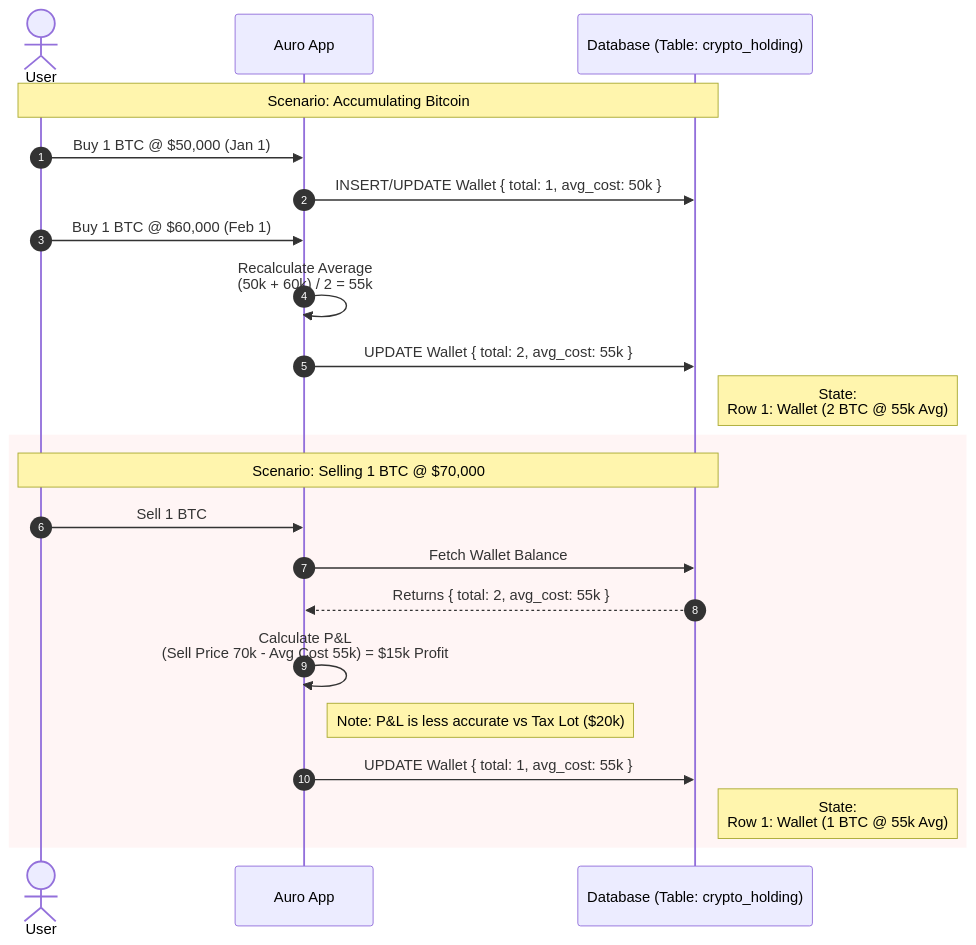
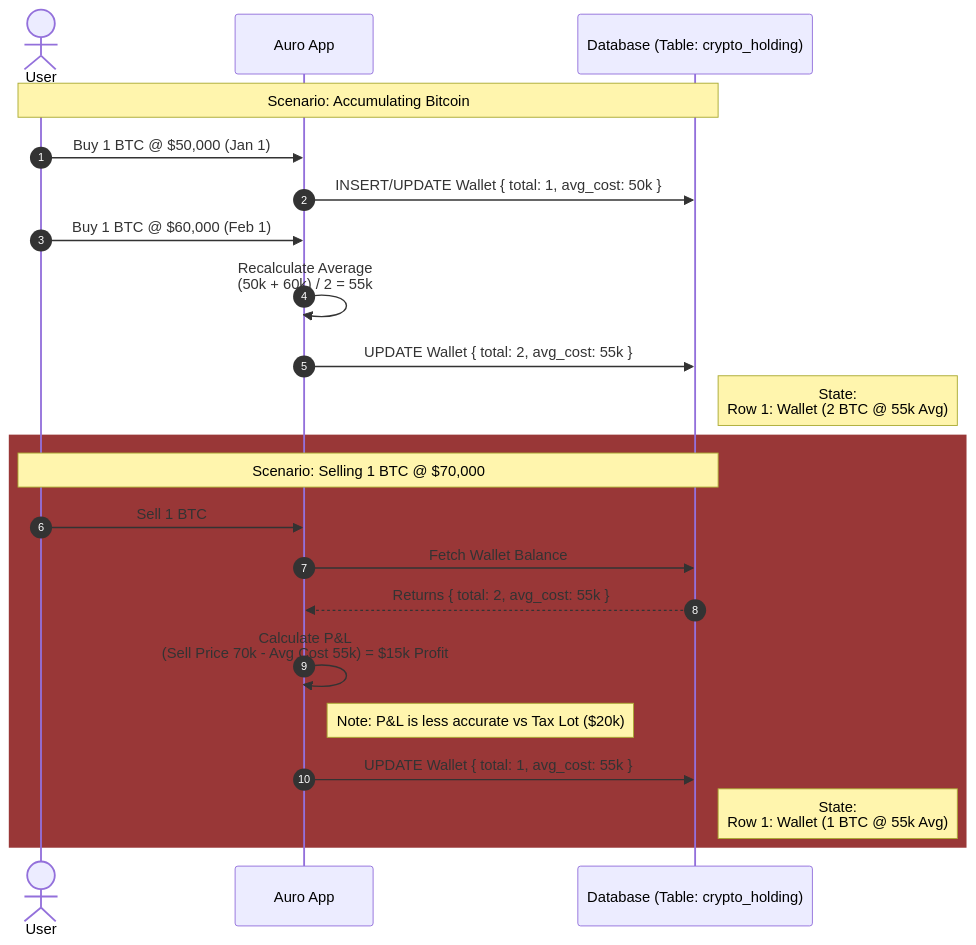
The diagram in docs/architecture/crypto-accounting/model-compare/total_balance_model.mmd (darwinsubramaniam/aura), drawn with Mermaid before and after one commit. The commit also changed 3 other files, not shown here.

Commit message:
docs: rename bridging to XCM Asset Transfer and update flow

```diff
--- a/docs/architecture/crypto-accounting/model-compare/total_balance_model.mmd
+++ b/docs/architecture/crypto-accounting/model-compare/total_balance_model.mmd
@@ -1,31 +1,31 @@
 sequenceDiagram
     autonumber
     actor User
     participant App as Auro App
     participant DB as Database (Table: crypto_holding)
 
     Note over User, DB: Scenario: Accumulating Bitcoin
 
     User->>App: Buy 1 BTC @ $50,000 (Jan 1)
     App->>DB: INSERT/UPDATE Wallet { total: 1, avg_cost: 50k }
     
     User->>App: Buy 1 BTC @ $60,000 (Feb 1)
     App->>App: Recalculate Average<br/>(50k + 60k) / 2 = 55k
     App->>DB: UPDATE Wallet { total: 2, avg_cost: 55k }
 
     Note right of DB: State:<br/>Row 1: Wallet (2 BTC @ 55k Avg)
 
-    rect rgb(255, 245, 245)
+    rect rgba(153, 55, 55, 1)
         Note over User, DB: Scenario: Selling 1 BTC @ $70,000
         
         User->>App: Sell 1 BTC
         App->>DB: Fetch Wallet Balance
         DB-->>App: Returns { total: 2, avg_cost: 55k }
         
         App->>App: Calculate P&L<br/>(Sell Price 70k - Avg Cost 55k) = $15k Profit
         Note right of App: Note: P&L is less accurate vs Tax Lot ($20k)
         
         App->>DB: UPDATE Wallet { total: 1, avg_cost: 55k }
         
         Note right of DB: State:<br/>Row 1: Wallet (1 BTC @ 55k Avg)
     end
```
